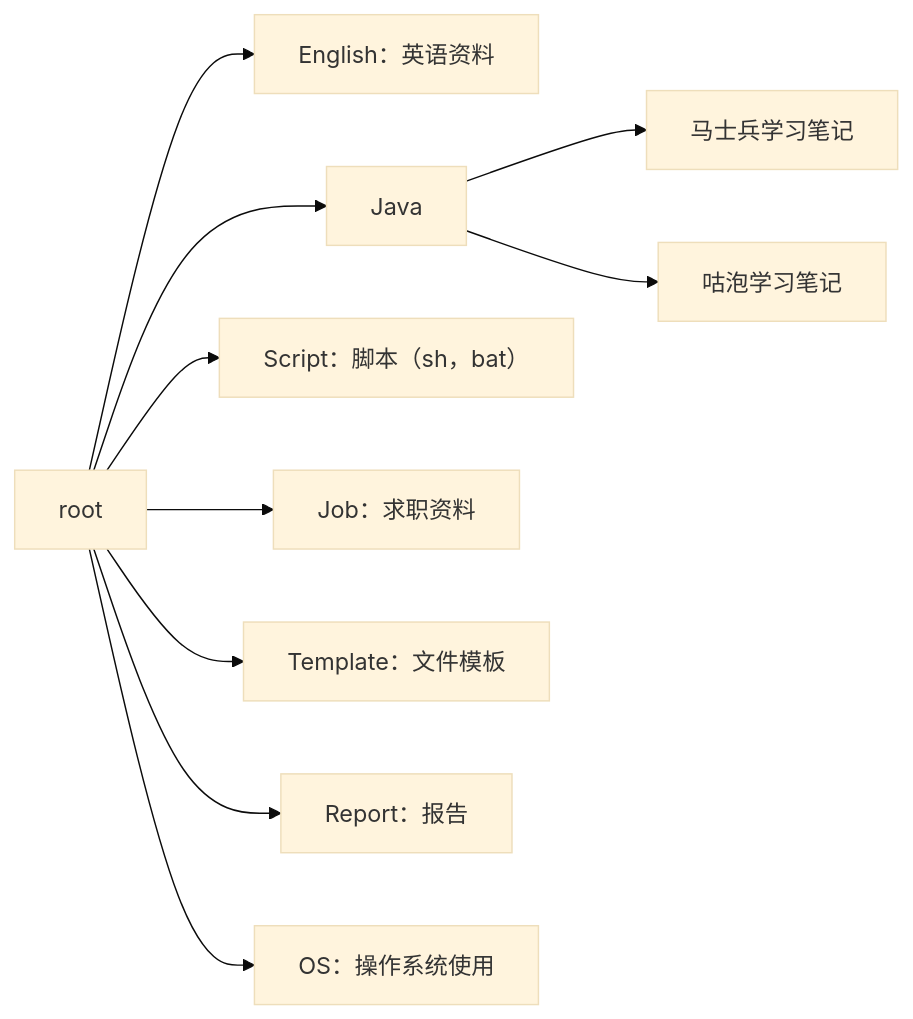
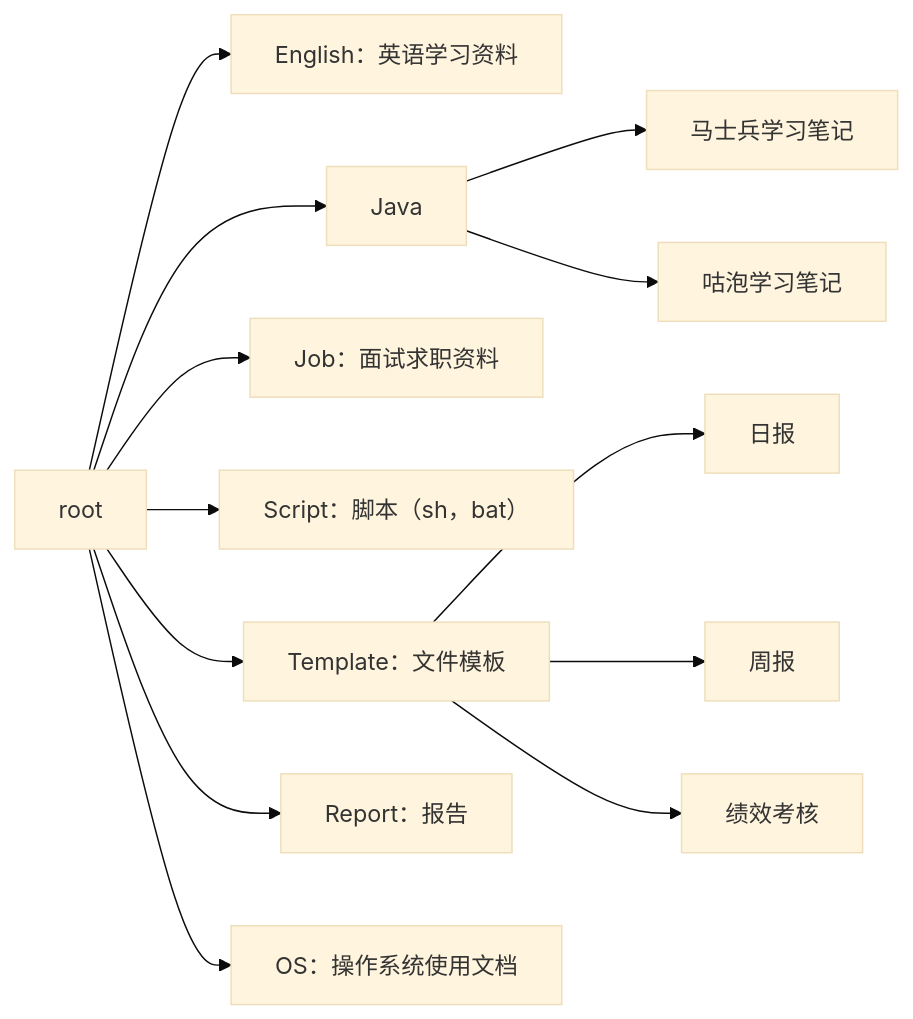
One commit to namelessmyth/beFreeCoder changed the diagram in README.md. Above: the diagram before and after it, drawn with Mermaid (base theme). The commit also changed other lines of this file, not shown here.

````diff
--- a/README.md
+++ b/README.md
@@ -14,14 +14,22 @@
 ```mermaid
 flowchart LR
 
-root-->English["English：英语资料"]
+root-->English["English：英语学习资料"]
+
 root-->Java["Java"]
-root-->Script["Script：脚本（sh，bat）"]
-root-->Job["Job：求职资料"]
-root-->Template["Template：文件模板"]
-root-->Report["Report：报告"]
-root-->os["OS：操作系统使用"]
-
 Java-->mashibing[马士兵学习笔记]
 Java-->gupao[咕泡学习笔记]
+
+root-->Job["Job：面试求职资料"]
+root-->Script["Script：脚本（sh，bat）"]
+
+root-->Template["Template：文件模板"]
+Template-->日报
+Template-->周报
+Template-->绩效考核
+
+root-->Report["Report：报告"]
+root-->os["OS：操作系统使用文档"]
+
+
 ```
````
